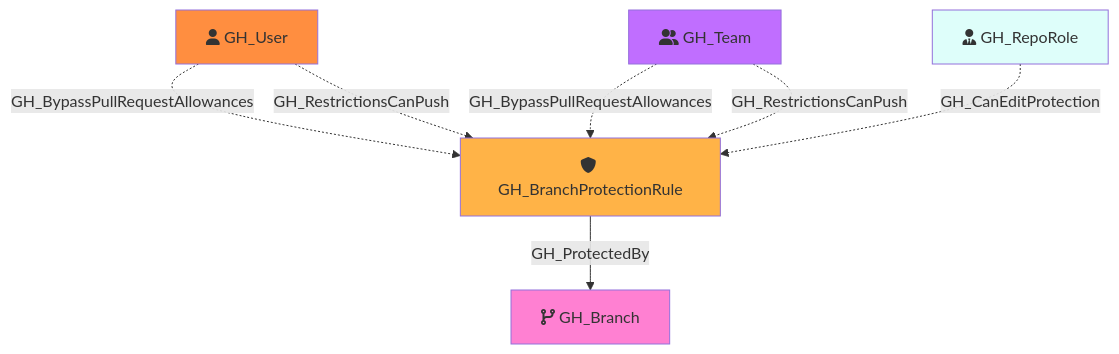
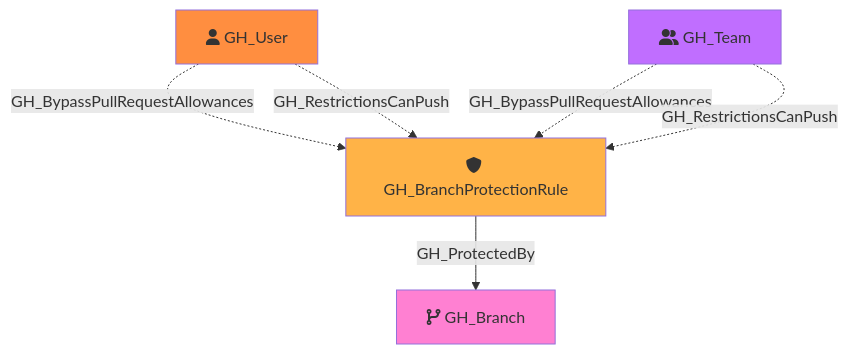
The diagram in Documentation/Nodes/GH_BranchProtectionRule.md (SpecterOps/GitHound), drawn with Mermaid before and after one commit. The commit also changed other lines of this file and 7 other files, not shown here.

Commit message:
Fixed composition edges for each of the computed branch protection bypasses.

````diff
--- a/Documentation/Nodes/GH_BranchProtectionRule.md
+++ b/Documentation/Nodes/GH_BranchProtectionRule.md
@@ -51,21 +50,18 @@
 ```mermaid
 flowchart TD
     GH_BranchProtectionRule[fa:fa-shield GH_BranchProtectionRule]
     GH_Branch[fa:fa-code-branch GH_Branch]
     GH_User[fa:fa-user GH_User]
     GH_Team[fa:fa-user-group GH_Team]
-    GH_RepoRole[fa:fa-user-tie GH_RepoRole]
 
     style GH_BranchProtectionRule fill:#FFB347
     style GH_Branch fill:#FF80D2
     style GH_User fill:#FF8E40
     style GH_Team fill:#C06EFF
-    style GH_RepoRole fill:#DEFEFA
 
     GH_User -.->|GH_BypassPullRequestAllowances| GH_BranchProtectionRule
     GH_Team -.->|GH_BypassPullRequestAllowances| GH_BranchProtectionRule
     GH_User -.->|GH_RestrictionsCanPush| GH_BranchProtectionRule
     GH_Team -.->|GH_RestrictionsCanPush| GH_BranchProtectionRule
-    GH_RepoRole -.->|GH_CanEditProtection| GH_BranchProtectionRule
     GH_BranchProtectionRule -->|GH_ProtectedBy| GH_Branch
 ```
````
